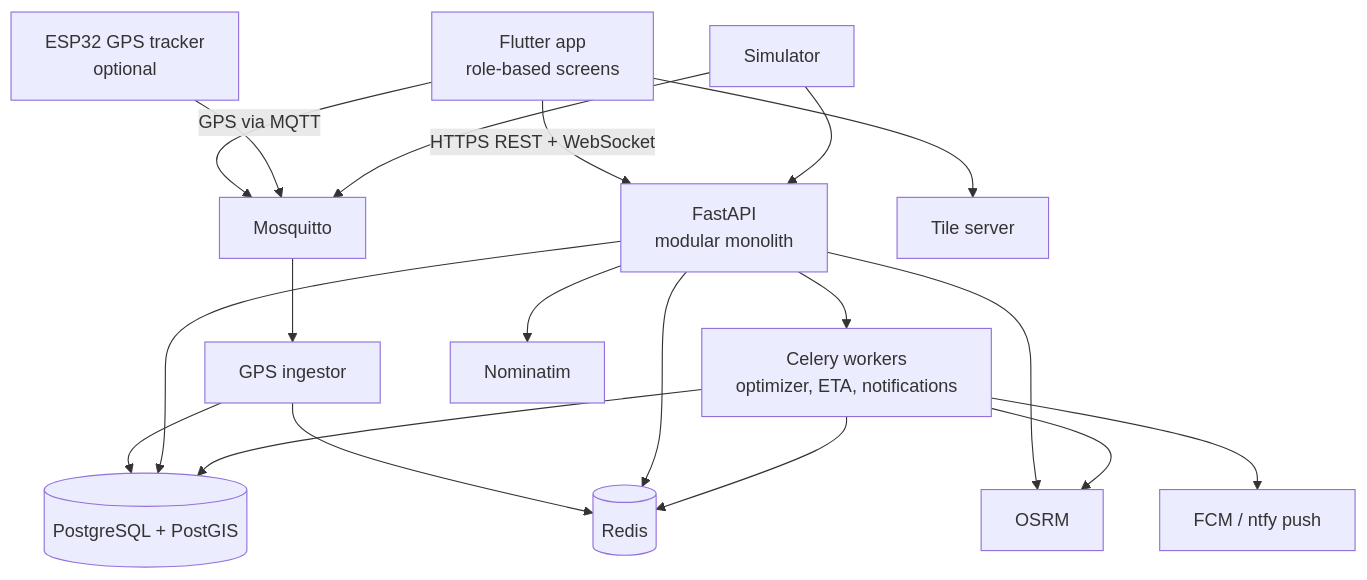
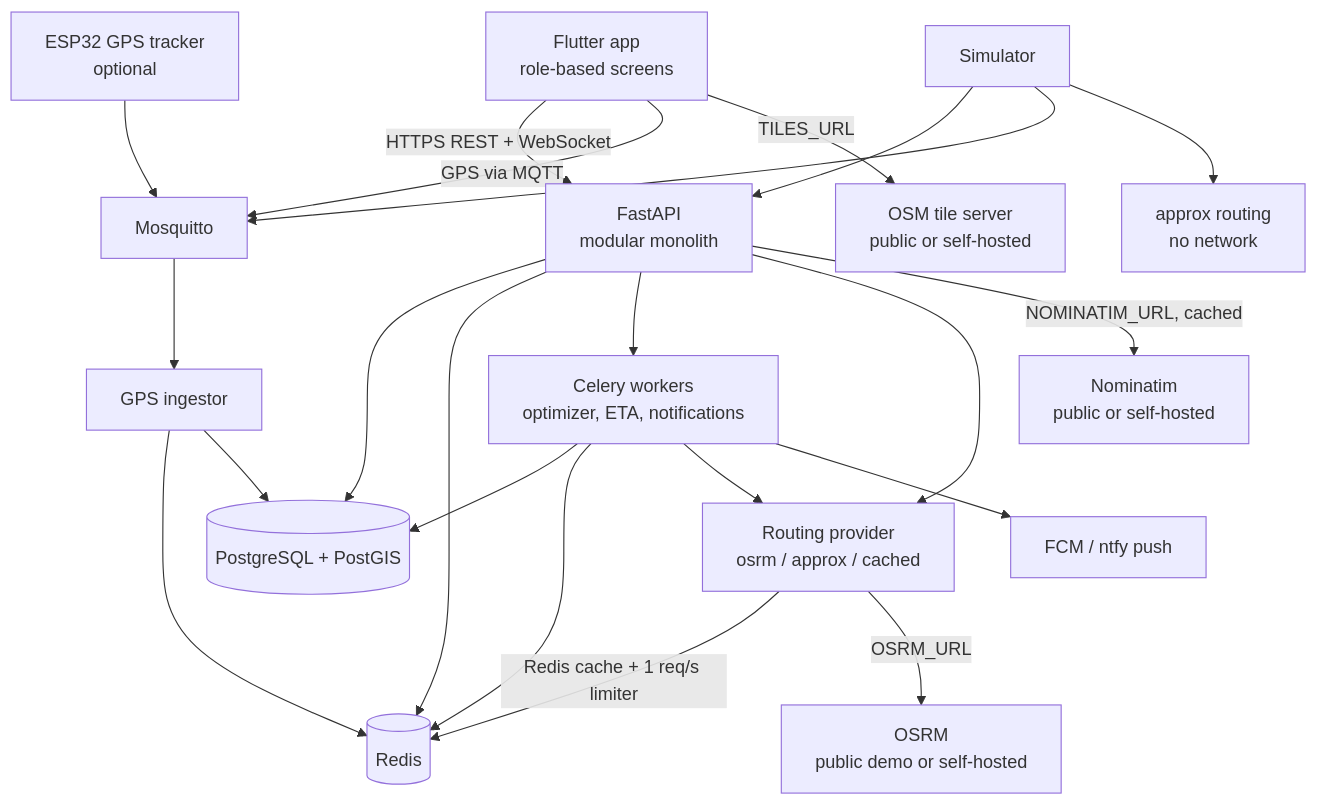
Before and after one commit to kumarnitish378/flex-platform: the first of 2 diagrams in docs/03-architecture/architecture.md, drawn with Mermaid. The commit also changed other lines of this file and 10 other files, not shown here.

First line of the commit message:
docs: switch to public OSM servers with configurable provider (ADR-0010)

````diff
--- a/docs/03-architecture/architecture.md
+++ b/docs/03-architecture/architecture.md
@@ -6,21 +8,24 @@
 ```mermaid
 flowchart TD
     APP[Flutter app<br/>role-based screens] -->|HTTPS REST + WebSocket| API[FastAPI<br/>modular monolith]
     APP -->|GPS via MQTT| MQ[Mosquitto]
     TRK[ESP32 GPS tracker<br/>optional] --> MQ
     SIM[Simulator] --> API
     SIM --> MQ
     MQ --> ING[GPS ingestor]
     ING --> RT[(Redis)]
     ING --> DB[(PostgreSQL + PostGIS)]
     API --> DB
     API --> RT
     API --> WK[Celery workers<br/>optimizer, ETA, notifications]
     WK --> DB
     WK --> RT
-    API --> OSRM[OSRM]
-    WK --> OSRM
-    API --> NOM[Nominatim]
+    API --> RP[Routing provider<br/>osrm / approx / cached]
+    WK --> RP
+    RP -->|Redis cache + 1 req/s limiter| RT
+    RP -->|OSRM_URL| OSRM[OSRM<br/>public demo or self-hosted]
+    API -->|NOMINATIM_URL, cached| NOM[Nominatim<br/>public or self-hosted]
+    SIM --> APX[approx routing<br/>no network]
     WK --> PUSH[FCM / ntfy push]
-    APP --> TILES[Tile server]
+    APP -->|TILES_URL| TILES[OSM tile server<br/>public or self-hosted]
 ```
````
